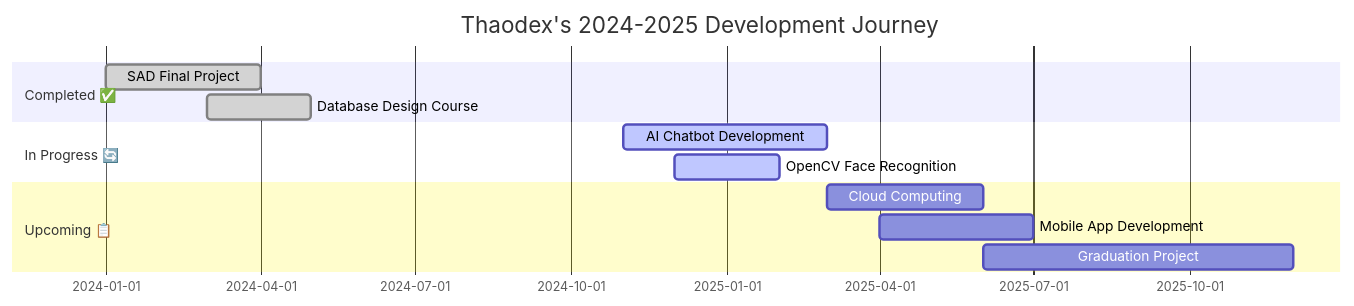
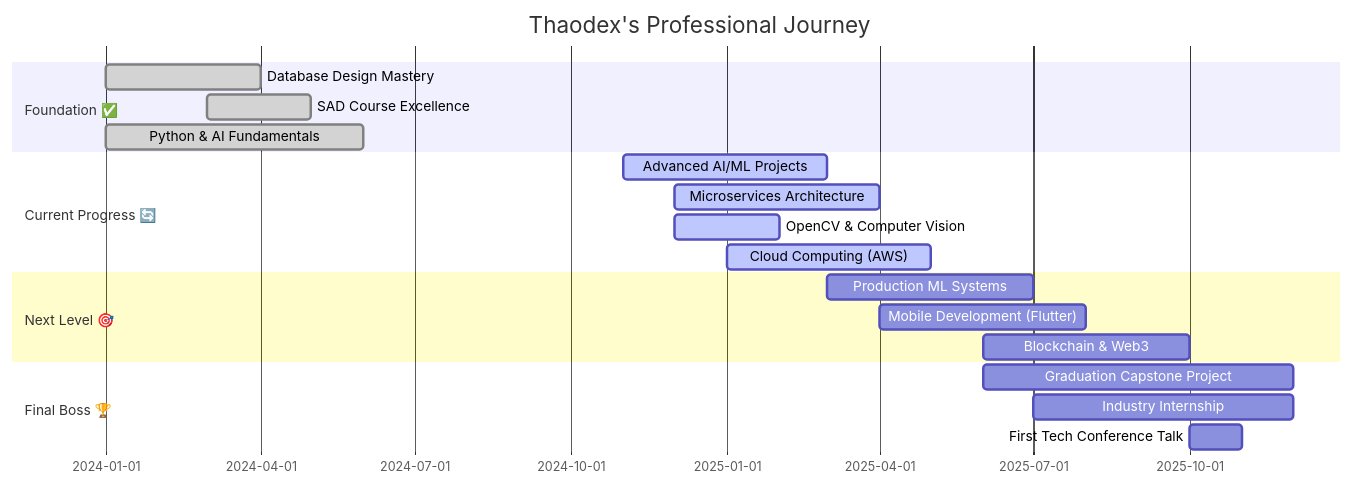
One commit to thaodex/thaodex changed the diagram in README.md. Above: the diagram before and after it, drawn with Mermaid. The commit also changed other lines of this file, not shown here.

````diff
--- a/README.md
+++ b/README.md
@@ -95,15 +173,25 @@
 ```mermaid
 gantt
-    title Thaodex's 2024-2025 Development Journey
-    dateFormat  YYYY-MM
-    section Completed ✅
-    SAD Final Project          :done, 2024-01, 2024-04
-    Database Design Course     :done, 2024-03, 2024-05
-    section In Progress 🔄
-    AI Chatbot Development     :active, 2024-11, 2025-03
-    OpenCV Face Recognition    :active, 2024-12, 2025-02
-    section Upcoming 📋
-    Cloud Computing            :2025-03, 2025-06
-    Mobile App Development     :2025-04, 2025-07
-    Graduation Project         :2025-06, 2025-12
+    title Thaodex's Professional Journey
+    dateFormat YYYY-MM
+    section Foundation ✅
+    Database Design Mastery       :done, 2024-01, 2024-04
+    SAD Course Excellence          :done, 2024-03, 2024-05
+    Python & AI Fundamentals       :done, 2024-01, 2024-06
+    
+    section Current Progress 🔄
+    Advanced AI/ML Projects        :active, 2024-11, 2025-03
+    Microservices Architecture     :active, 2024-12, 2025-04
+    OpenCV & Computer Vision       :active, 2024-12, 2025-02
+    Cloud Computing (AWS)          :active, 2025-01, 2025-05
+    
+    section Next Level 🎯
+    Production ML Systems          :2025-03, 2025-07
+    Mobile Development (Flutter)   :2025-04, 2025-08
+    Blockchain & Web3              :2025-06, 2025-10
+    
+    section Final Boss 🏆
+    Graduation Capstone Project    :2025-06, 2025-12
+    Industry Internship            :2025-07, 2025-12
+    First Tech Conference Talk     :2025-10, 2025-11
 ```
````
